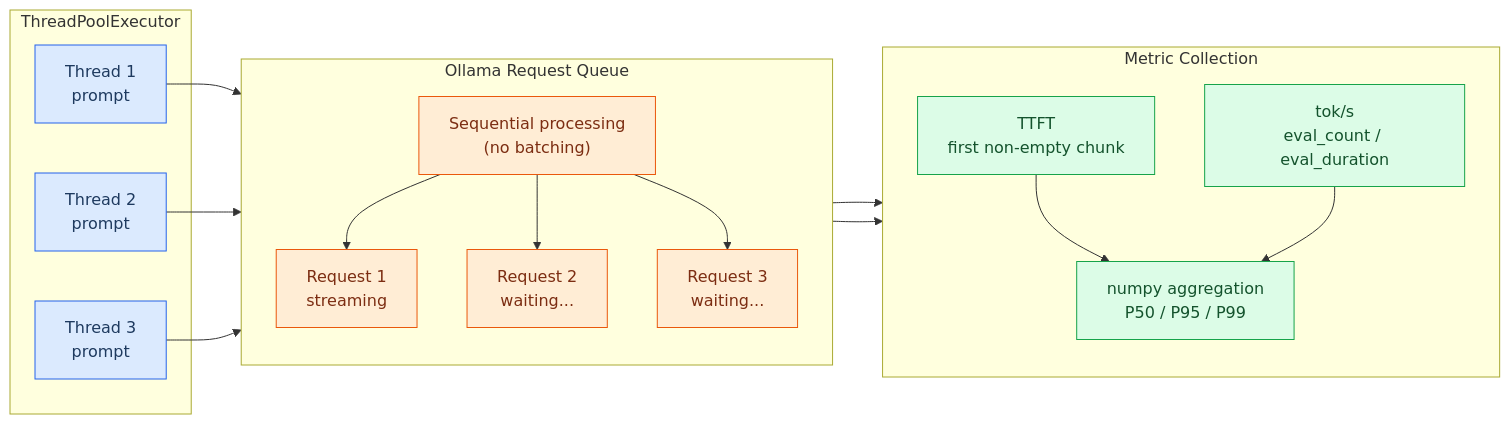
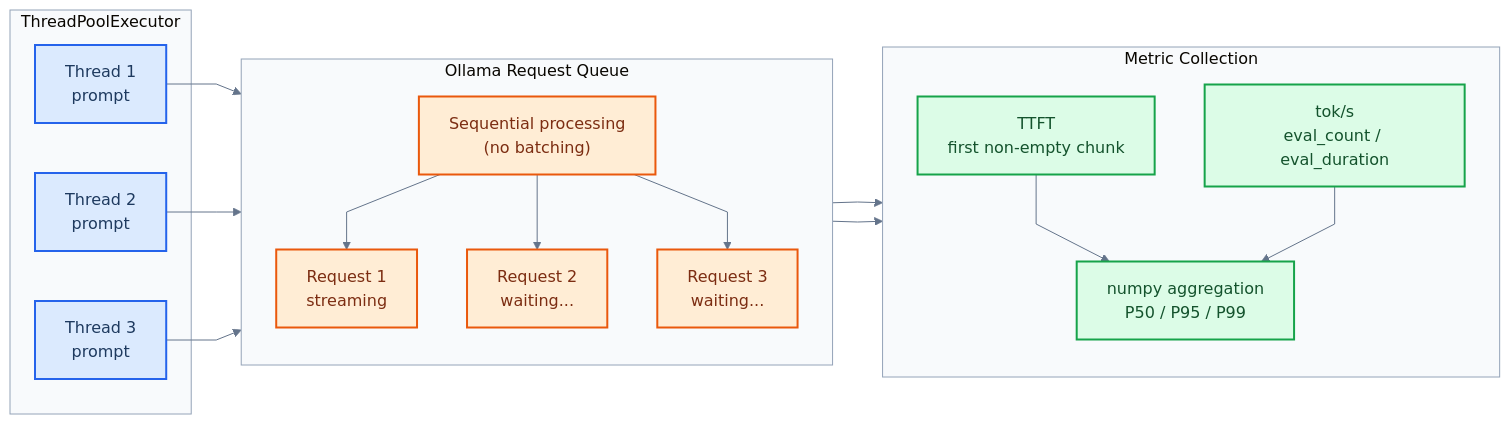
The fourth of 4 diagrams in README.md (jameswniu/self-hosted-llm-evals-lab), drawn with Mermaid before and after one commit. The commit also changed other lines of this file, not shown here.

Commit message:
polish README rigor and Mermaid diagram consistency

````diff
--- a/README.md
+++ b/README.md
@@ -215,39 +219,36 @@
 ```mermaid
-graph LR
+%%{init: {'theme':'base', 'themeVariables': {'lineColor': '#64748b', 'clusterBkg': '#f8fafc', 'clusterBorder': '#94a3b8'}, 'flowchart': {'curve': 'linear'}}}%%
+flowchart LR
+    classDef client fill:#dbeafe,stroke:#2563eb,color:#1e3a5f,stroke-width:2px
+    classDef queue fill:#ffedd5,stroke:#ea580c,color:#7c2d12,stroke-width:2px
+    classDef metrics fill:#dcfce7,stroke:#16a34a,color:#14532d,stroke-width:2px
+
     subgraph Clients["ThreadPoolExecutor"]
-        C1["Thread 1\nprompt"]
-        C2["Thread 2\nprompt"]
-        C3["Thread 3\nprompt"]
+        C1["Thread 1<br/>prompt"]:::client
+        C2["Thread 2<br/>prompt"]:::client
+        C3["Thread 3<br/>prompt"]:::client
     end
 
     subgraph Queue["Ollama Request Queue"]
         direction TB
-        Q["Sequential processing\n(no batching)"]
-        Q --> R1["Request 1\nstreaming"]
-        Q --> R2["Request 2\nwaiting..."]
-        Q --> R3["Request 3\nwaiting..."]
+        Q["Sequential processing<br/>(no batching)"]:::queue
+        Q --> R1["Request 1<br/>streaming"]:::queue
+        Q --> R2["Request 2<br/>waiting..."]:::queue
+        Q --> R3["Request 3<br/>waiting..."]:::queue
     end
 
     subgraph Metrics["Metric Collection"]
         direction TB
-        TTFT["TTFT\nfirst non-empty chunk"]
-        TPS["tok/s\neval_count / eval_duration"]
-        AGG["numpy aggregation\nP50 / P95 / P99"]
+        TTFT["TTFT<br/>first non-empty chunk"]:::metrics
+        TPS["tok/s<br/>eval_count / eval_duration"]:::metrics
+        AGG["numpy aggregation<br/>P50 / P95 / P99"]:::metrics
         TTFT --> AGG
         TPS --> AGG
     end
 
     C1 --> Q
     C2 --> Q
     C3 --> Q
     R1 --> TTFT
     R1 --> TPS
-
-    classDef client fill:#dbeafe,stroke:#2563eb,color:#1e3a5f
-    classDef queue fill:#ffedd5,stroke:#ea580c,color:#7c2d12
-    classDef metrics fill:#dcfce7,stroke:#16a34a,color:#14532d
-
-    class C1,C2,C3 client
-    class Q,R1,R2,R3 queue
-    class TTFT,TPS,AGG metrics
 ```
````
